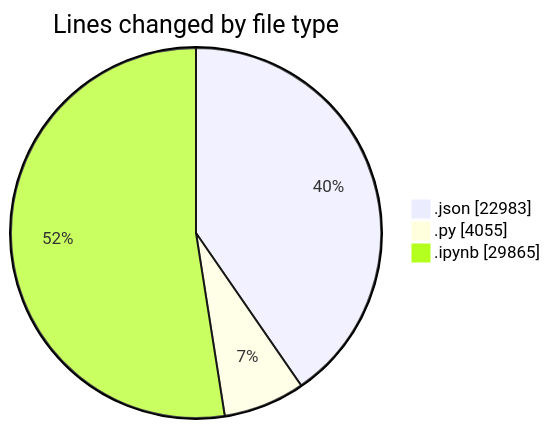
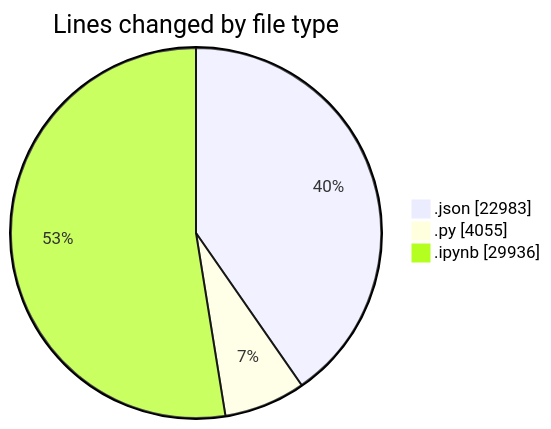
The first of 2 diagrams in 2025-10-04/untitled__workspace_/README.md (MatusMokan/code-tracking), drawn with Mermaid before and after one commit. The commit also changed other lines of this file and 1 other file, not shown here.

````diff
--- a/2025-10-04/untitled__workspace_/README.md
+++ b/2025-10-04/untitled__workspace_/README.md
@@ -35,7 +35,7 @@
 ```mermaid
 pie showData
 title Lines changed by file type
 ".json" : 22983
 ".py" : 4055
-".ipynb" : 29865
+".ipynb" : 29936
 ```
````
